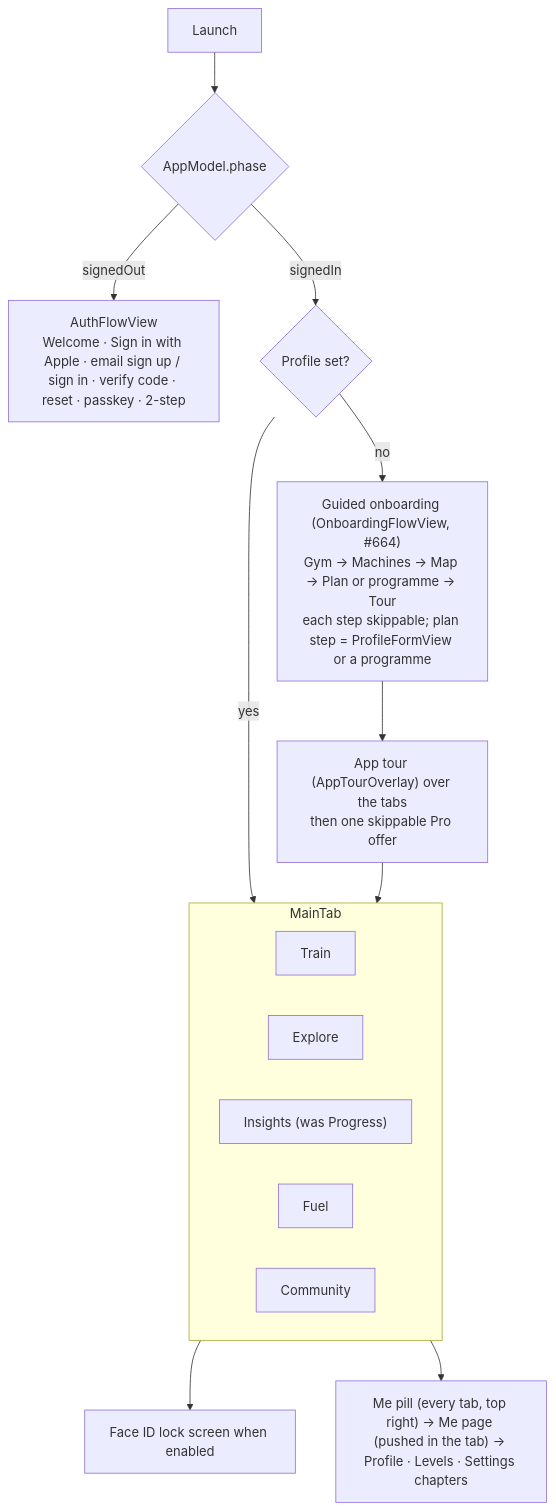
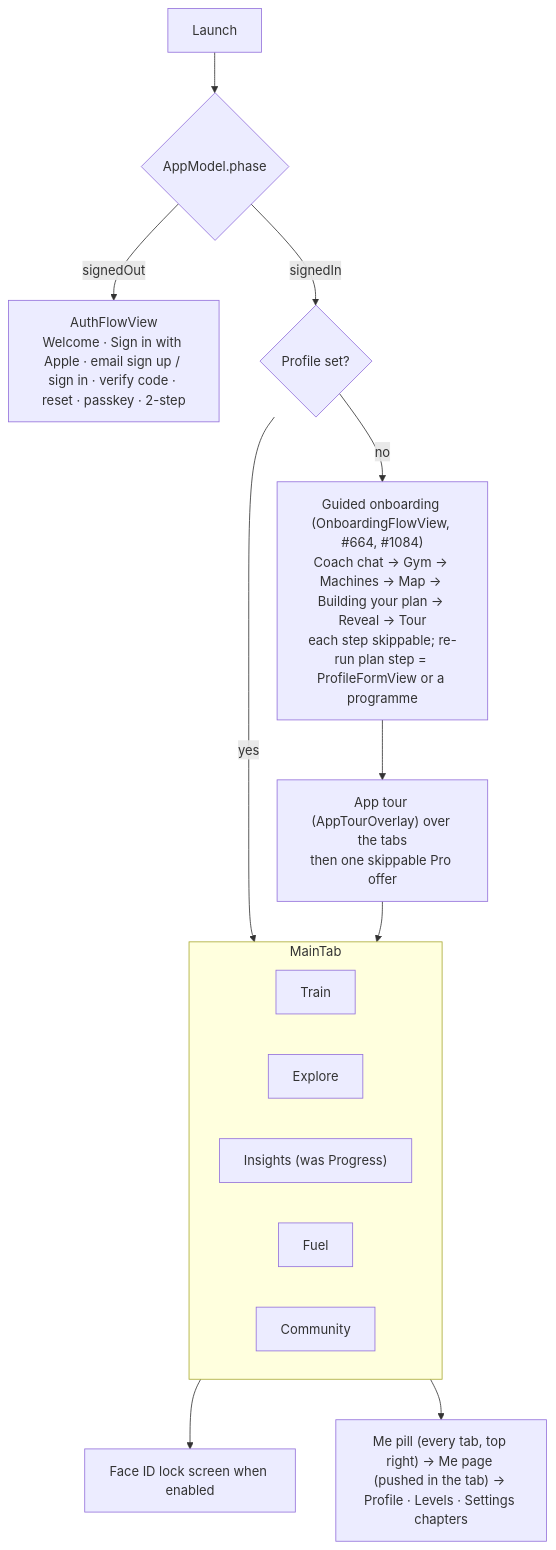
Before and after one commit to jeanyves-figiel/Gym-Workout: the diagram in docs/ios/app.md, drawn with Mermaid. The commit also changed other lines of this file and 7 other files, not shown here.

First line of the commit message:
Wow onboarding: Coach chat, building your plan, plan reveal (#1084) (#1085)

````diff
--- a/docs/ios/app.md
+++ b/docs/ios/app.md
@@ -19,19 +19,19 @@
 ```mermaid
 flowchart TD
   Launch --> Phase{AppModel.phase}
   Phase -- signedOut --> Auth["AuthFlowView<br/>Welcome · Sign in with Apple · email sign up / sign in · verify code · reset · passkey · 2-step"]
   Phase -- signedIn --> Onb{"Profile set?"}
-  Onb -- no --> Guided["Guided onboarding (OnboardingFlowView, #664)<br/>Gym → Machines → Map → Plan or programme → Tour<br/>each step skippable; plan step = ProfileFormView or a programme"]
+  Onb -- no --> Guided["Guided onboarding (OnboardingFlowView, #664, #1084)<br/>Coach chat → Gym → Machines → Map → Building your plan → Reveal → Tour<br/>each step skippable; re-run plan step = ProfileFormView or a programme"]
   Onb -- yes --> Tabs
   Guided --> Tour["App tour (AppTourOverlay) over the tabs<br/>then one skippable Pro offer"]
   Tour --> Tabs
   subgraph Tabs["MainTab"]
     Train
     Explore
     Insights["Insights (was Progress)"]
     Fuel
     Community
   end
   Tabs --> Lock["Face ID lock screen when enabled"]
   Tabs --> Me["Me pill (every tab, top right) → Me page (pushed in the tab) → Profile · Levels · Settings chapters"]
 ```
````
